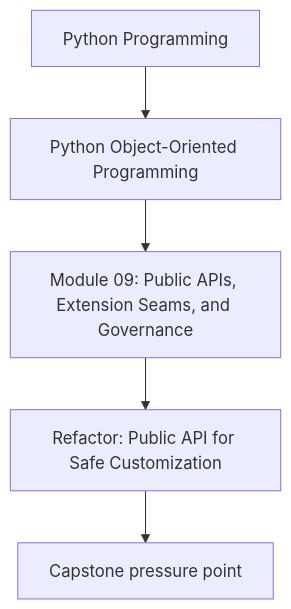
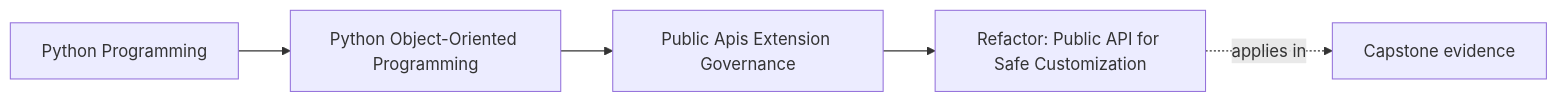
The first of 2 diagrams in programs/python-programming/python-object-oriented-programming/course-book/module-09-public-apis-extension-governance/refactor-public-api-for-safe-customization.md (bijux/bijux-masterclass), drawn with Mermaid before and after one commit. The commit also changed other lines of this file and 103 other files, not shown here.

Commit message:
docs(python-object-oriented-programming): map sustainment and capstone surfaces

````diff
--- a/programs/python-programming/python-object-oriented-programming/course-book/module-09-public-apis-extension-governance/refactor-public-api-for-safe-customization.md
+++ b/programs/python-programming/python-object-oriented-programming/course-book/module-09-public-apis-extension-governance/refactor-public-api-for-safe-customization.md
@@ -7,7 +7,11 @@
 ```mermaid
-flowchart TD
-  family["Python Programming"] --> program["Python Object-Oriented Programming"]
-  program --> module["Module 09: Public APIs, Extension Seams, and Governance"]
-  module --> concept["Refactor: Public API for Safe Customization"]
-  concept --> capstone["Capstone pressure point"]
+graph LR
+  family["Python Programming"]
+  program["Python Object-Oriented Programming"]
+  section["Public Apis Extension Governance"]
+  page["Refactor: Public API for Safe Customization"]
+  capstone["Capstone evidence"]
+
+  family --> program --> section --> page
+  page -.applies in.-> capstone
 ```
````
